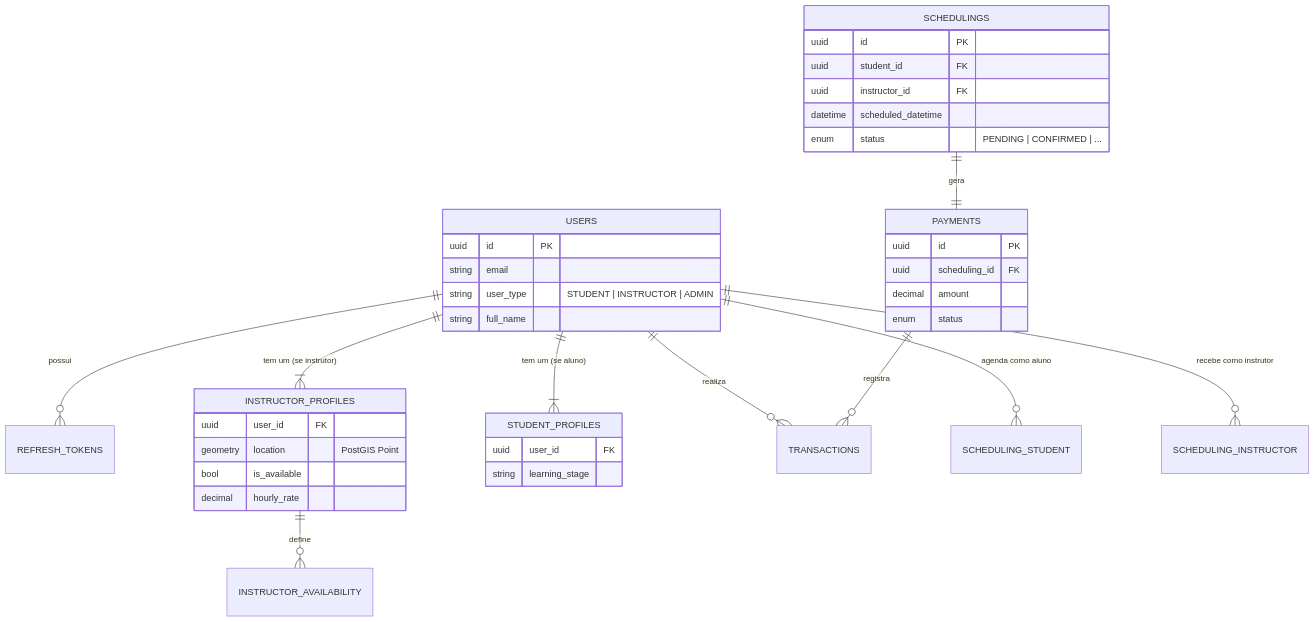
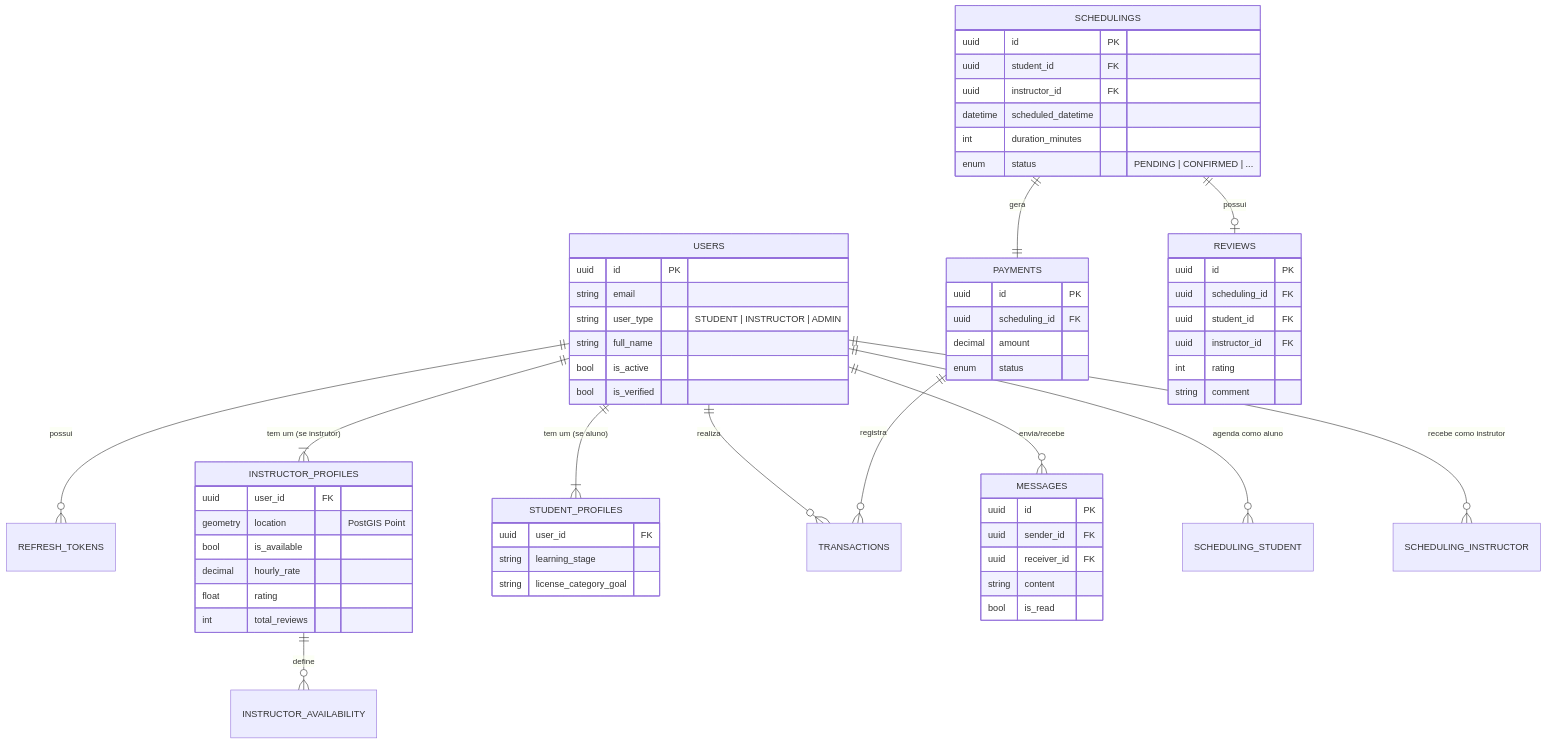
The diagram in docs/architeture/DB_VISION.md (carloshfgit/udrive), drawn with Mermaid before and after one commit. The commit also changed other lines of this file and 5 other files, not shown here.

````diff
--- a/docs/architeture/DB_VISION.md
+++ b/docs/architeture/DB_VISION.md
@@ -26,49 +26,74 @@
 ```mermaid
 erDiagram
     USERS ||--o{ REFRESH_TOKENS : "possui"
     USERS ||--|{ INSTRUCTOR_PROFILES : "tem um (se instrutor)"
     USERS ||--|{ STUDENT_PROFILES : "tem um (se aluno)"
     USERS ||--o{ TRANSACTIONS : "realiza"
+    USERS ||--o{ MESSAGES : "envia/recebe"
 
     INSTRUCTOR_PROFILES ||--o{ INSTRUCTOR_AVAILABILITY : "define"
 
     USERS ||--o{ SCHEDULING_STUDENT : "agenda como aluno"
     USERS ||--o{ SCHEDULING_INSTRUCTOR : "recebe como instrutor"
 
     SCHEDULINGS ||--|| PAYMENTS : "gera"
+    SCHEDULINGS ||--o| REVIEWS : "possui"
     PAYMENTS ||--o{ TRANSACTIONS : "registra"
 
     USERS {
         uuid id PK
         string email
         string user_type "STUDENT | INSTRUCTOR | ADMIN"
         string full_name
+        bool is_active
+        bool is_verified
     }
 
     INSTRUCTOR_PROFILES {
         uuid user_id FK
         geometry location "PostGIS Point"
         bool is_available
         decimal hourly_rate
+        float rating
+        int total_reviews
     }
 
     STUDENT_PROFILES {
         uuid user_id FK
         string learning_stage
+        string license_category_goal
     }
 
     SCHEDULINGS {
         uuid id PK
         uuid student_id FK
         uuid instructor_id FK
         datetime scheduled_datetime
+        int duration_minutes
         enum status "PENDING | CONFIRMED | ..."
     }
 
     PAYMENTS {
         uuid id PK
         uuid scheduling_id FK
         decimal amount
         enum status
     }
+
+    MESSAGES {
+        uuid id PK
+        uuid sender_id FK
+        uuid receiver_id FK
+        string content
+        bool is_read
+    }
+
+    REVIEWS {
+        uuid id PK
+        uuid scheduling_id FK
+        uuid student_id FK
+        uuid instructor_id FK
+        int rating
+        string comment
+    }
 ```
````
